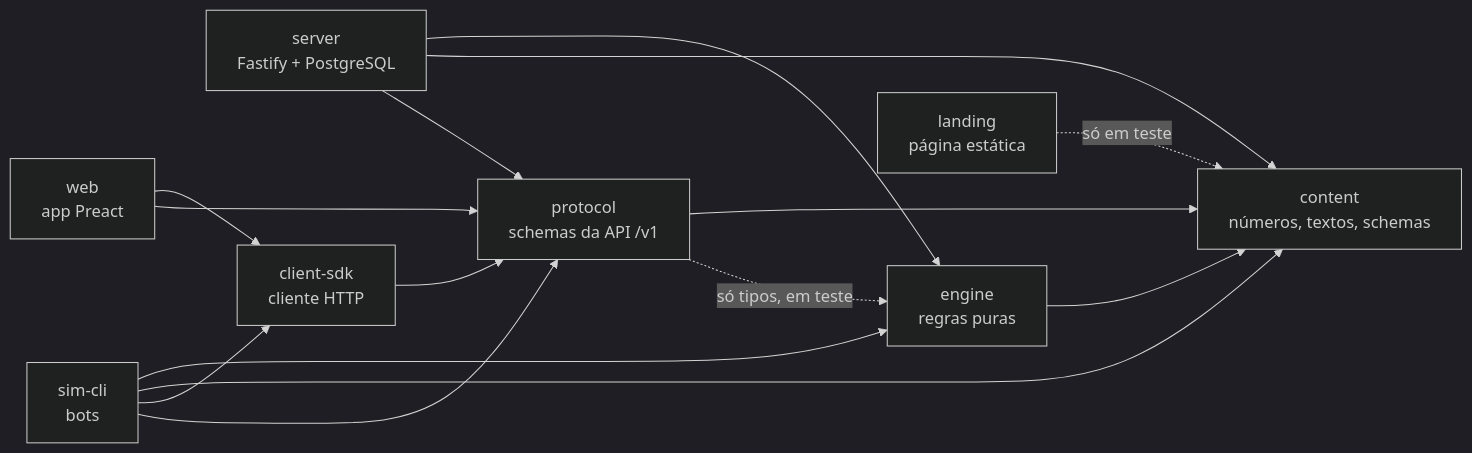
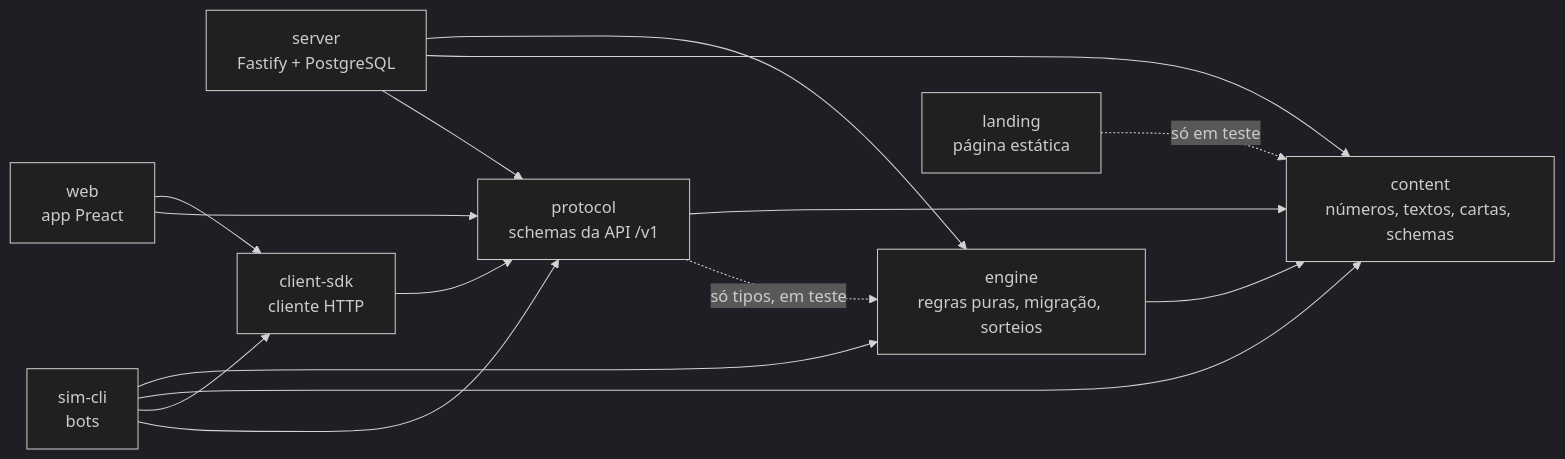
One commit to gustavopals/pals-vscode-game changed the second of 3 diagrams in docs/architecture.md. Above: the diagram before and after it, drawn with Mermaid (dark theme). The commit also changed other lines of this file and 2 other files, not shown here.

````diff
--- a/docs/architecture.md
+++ b/docs/architecture.md
@@ -58,26 +53,26 @@
 ```mermaid
 flowchart LR
-    content["content<br/>números, textos, schemas"]
-    engine["engine<br/>regras puras"]
+    content["content<br/>números, textos, cartas, schemas"]
+    engine["engine<br/>regras puras, migração, sorteios"]
     protocol["protocol<br/>schemas da API /v1"]
     server["server<br/>Fastify + PostgreSQL"]
     sdk["client-sdk<br/>cliente HTTP"]
     web["web<br/>app Preact"]
     sim["sim-cli<br/>bots"]
     landing["landing<br/>página estática"]
 
     engine --> content
     protocol --> content
     protocol -. "só tipos, em teste" .-> engine
     server --> engine
     server --> content
     server --> protocol
     sdk --> protocol
     web --> sdk
     web --> protocol
     sim --> engine
     sim --> content
     sim --> sdk
     sim --> protocol
     landing -. "só em teste" .-> content
 ```
````
